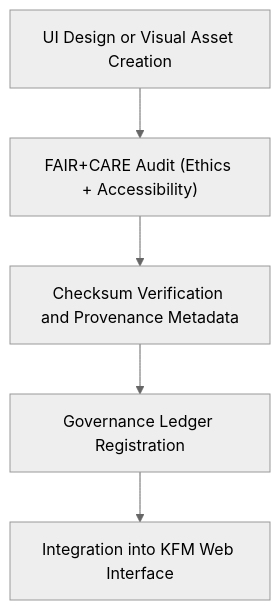
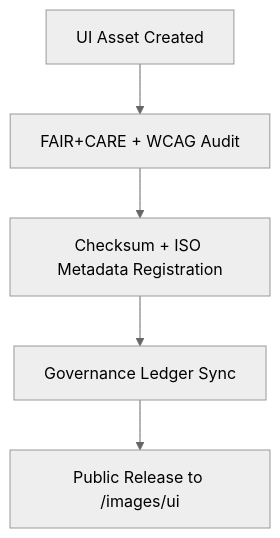
The diagram in web/public/images/ui/README.md (bartytime4life/Kansas-Frontier-Matrix), drawn with Mermaid (neutral theme) before and after one commit. The commit also changed other lines of this file, not shown here.

````diff
--- a/web/public/images/ui/README.md
+++ b/web/public/images/ui/README.md
@@ -67,7 +59,7 @@
 ```mermaid
 flowchart TD
-    A["UI Design or Visual Asset Creation"] --> B["FAIR+CARE Audit (Ethics + Accessibility)"]
-    B --> C["Checksum Verification and Provenance Metadata"]
-    C --> D["Governance Ledger Registration"]
-    D --> E["Integration into KFM Web Interface"]
+A["UI Asset Created"] --> B["FAIR+CARE + WCAG Audit"]
+B --> C["Checksum + ISO Metadata Registration"]
+C --> D["Governance Ledger Sync"]
+D --> E["Public Release to /images/ui"]
 ```
````
